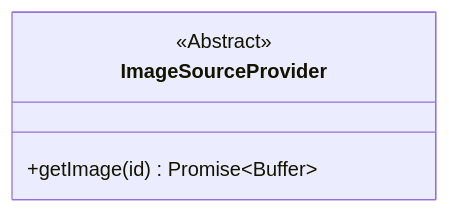
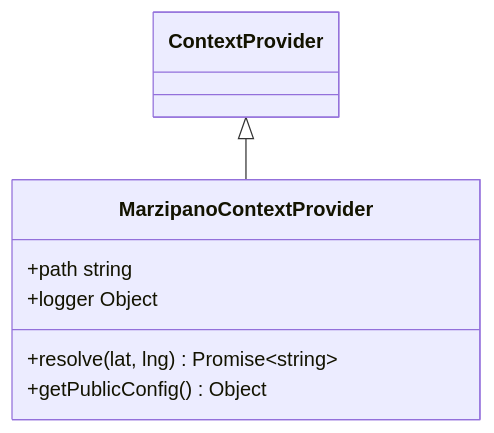
One commit to DrMarcoGilardi/BRANI-360 changed diagram 22 of 32 in docs/SERVER_DOCS.md. Above: the diagram before and after it, drawn with Mermaid. The commit also changed other lines of this file and 14 other files, not shown here.

````diff
--- a/docs/SERVER_DOCS.md
+++ b/docs/SERVER_DOCS.md
@@ -782,7 +758,10 @@
 ```mermaid
 classDiagram
-class ImageSourceProvider{
-<<Abstract>>
-+getImage(id) Promise~Buffer~
+ContextProvider <|-- MarzipanoContextProvider
+class MarzipanoContextProvider{
++path string
++logger Object
++resolve(lat, lng) Promise~string~
++getPublicConfig() Object
 }
 ```
````
